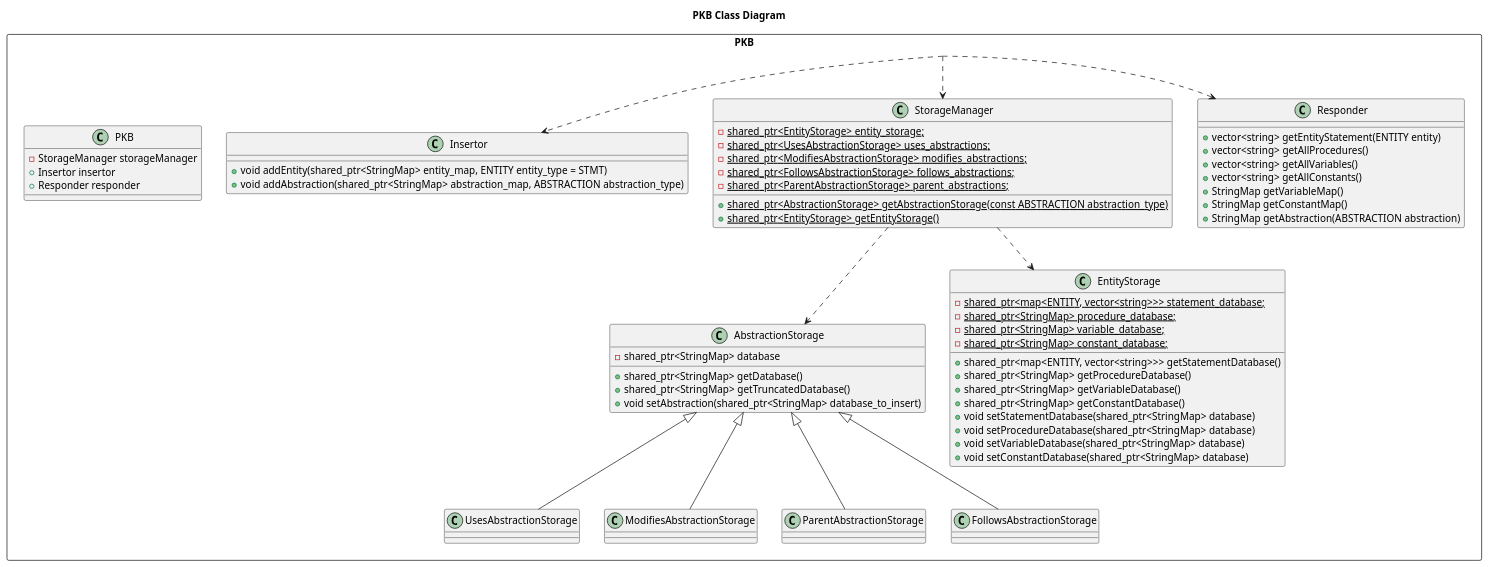
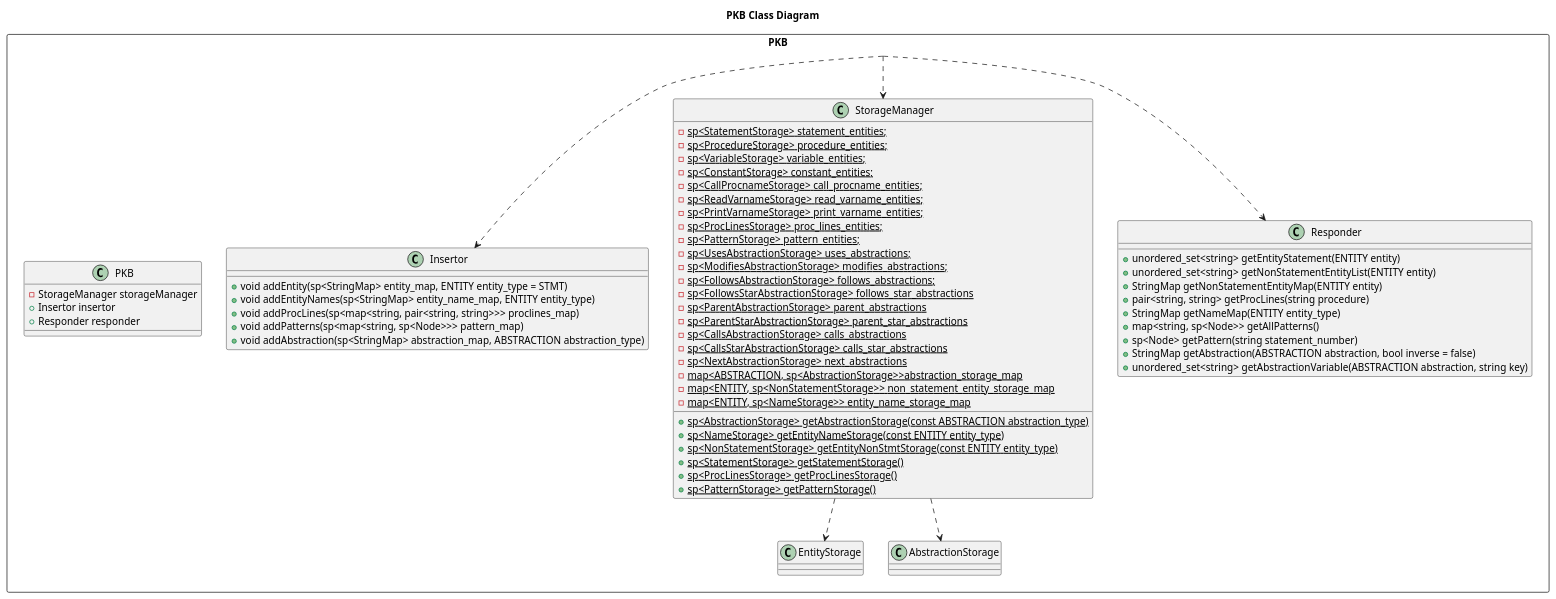
The diagram in Team18/Docs/PKB/Diagrams/PKBOverview.puml (NicsunXnus/SoftwareEngineeringProject), drawn with PlantUML before and after one commit. The commit also changed other lines of this file and 3 other files, not shown here.

Commit message:
class diagrams

```diff
--- a/Team18/Docs/PKB/Diagrams/PKBOverview.puml
+++ b/Team18/Docs/PKB/Diagrams/PKBOverview.puml
@@ -1,94 +1,91 @@
 @startuml
 ' !include ../style.puml
 skinparam ClassFontColor #000000
 skinparam ClassBorderColor #000000
 
 title PKB Class Diagram
 
 package PKB <<Rectangle>> {
 
     Class PKB {
         -StorageManager storageManager
         +Insertor insertor
         +Responder responder
     }
 
     Class StorageManager {
-        -{static} shared_ptr<EntityStorage> entity_storage;
-        -{static} shared_ptr<UsesAbstractionStorage> uses_abstractions;
-        -{static} shared_ptr<ModifiesAbstractionStorage> modifies_abstractions;
-        -{static} shared_ptr<FollowsAbstractionStorage> follows_abstractions;
-        -{static} shared_ptr<ParentAbstractionStorage> parent_abstractions;
-        +{static} shared_ptr<AbstractionStorage> getAbstractionStorage(const ABSTRACTION abstraction_type)
-        +{static} shared_ptr<EntityStorage> getEntityStorage()
+        -{static} sp<StatementStorage> statement_entities;
+        -{static} sp<ProcedureStorage> procedure_entities;
+        -{static} sp<VariableStorage> variable_entities;
+        -{static} sp<ConstantStorage> constant_entities;
+        -{static} sp<CallProcnameStorage> call_procname_entities;
+        -{static} sp<ReadVarnameStorage> read_varname_entities;
+        -{static} sp<PrintVarnameStorage> print_varname_entities;
+        -{static} sp<ProcLinesStorage> proc_lines_entities;
+        -{static} sp<PatternStorage> pattern_entities;
+        -{static} sp<UsesAbstractionStorage> uses_abstractions;
+        -{static} sp<ModifiesAbstractionStorage> modifies_abstractions;
+        -{static} sp<FollowsAbstractionStorage> follows_abstractions;
+        -{static} sp<FollowsStarAbstractionStorage> follows_star_abstractions
+        -{static} sp<ParentAbstractionStorage> parent_abstractions
+        -{static} sp<ParentStarAbstractionStorage> parent_star_abstractions
+        -{static} sp<CallsAbstractionStorage> calls_abstractions
+        -{static} sp<CallsStarAbstractionStorage> calls_star_abstractions
+        -{static} sp<NextAbstractionStorage> next_abstractions
+        -{static} map<ABSTRACTION, sp<AbstractionStorage>>abstraction_storage_map
+        -{static} map<ENTITY, sp<NonStatementStorage>> non_statement_entity_storage_map
+        -{static} map<ENTITY, sp<NameStorage>> entity_name_storage_map
+        
+        +{static} sp<AbstractionStorage> getAbstractionStorage(const ABSTRACTION abstraction_type)
+        +{static} sp<NameStorage> getEntityNameStorage(const ENTITY entity_type)
+        +{static} sp<NonStatementStorage> getEntityNonStmtStorage(const ENTITY entity_type)
+        +{static} sp<StatementStorage> getStatementStorage()
+        +{static} sp<ProcLinesStorage> getProcLinesStorage()
+        +{static} sp<PatternStorage> getPatternStorage()
     }
 
     Class Insertor {
-        +void addEntity(shared_ptr<StringMap> entity_map, ENTITY entity_type = STMT)
-        +void addAbstraction(shared_ptr<StringMap> abstraction_map, ABSTRACTION abstraction_type)
+        +void addEntity(sp<StringMap> entity_map, ENTITY entity_type = STMT)
+        +void addEntityNames(sp<StringMap> entity_name_map, ENTITY entity_type)
+        +void addProcLines(sp<map<string, pair<string, string>>> proclines_map)
+        +void addPatterns(sp<map<string, sp<Node>>> pattern_map)
+        +void addAbstraction(sp<StringMap> abstraction_map, ABSTRACTION abstraction_type)
     }
 
     Class Responder {
-        +vector<string> getEntityStatement(ENTITY entity)
-        +vector<string> getAllProcedures()
-        +vector<string> getAllVariables()
-        +vector<string> getAllConstants()
-        +StringMap getVariableMap()
-        +StringMap getConstantMap()
-        +StringMap getAbstraction(ABSTRACTION abstraction)
+        +unordered_set<string> getEntityStatement(ENTITY entity)
+        +unordered_set<string> getNonStatementEntityList(ENTITY entity)
+        +StringMap getNonStatementEntityMap(ENTITY entity)
+        +pair<string, string> getProcLines(string procedure)
+        +StringMap getNameMap(ENTITY entity_type)
+        +map<string, sp<Node>> getAllPatterns()
+        +sp<Node> getPattern(string statement_number)
+        +StringMap getAbstraction(ABSTRACTION abstraction, bool inverse = false)
+        +unordered_set<string> getAbstractionVariable(ABSTRACTION abstraction, string key)
     }
 
-    Class EntityStorage {
-      -{static} shared_ptr<map<ENTITY, vector<string>>> statement_database;
-      -{static} shared_ptr<StringMap> procedure_database;
-      -{static} shared_ptr<StringMap> variable_database;
-      -{static} shared_ptr<StringMap> constant_database;
-      +shared_ptr<map<ENTITY, vector<string>>> getStatementDatabase()
-      +shared_ptr<StringMap> getProcedureDatabase()
-      +shared_ptr<StringMap> getVariableDatabase()
-      +shared_ptr<StringMap> getConstantDatabase()
-      +void setStatementDatabase(shared_ptr<StringMap> database)
-      +void setProcedureDatabase(shared_ptr<StringMap> database)
-      +void setVariableDatabase(shared_ptr<StringMap> database)
-      +void setConstantDatabase(shared_ptr<StringMap> database)
-    }
+    Class EntityStorage {}
 
-    Class AbstractionStorage {
-      -shared_ptr<StringMap> database
-      +shared_ptr<StringMap> getDatabase()
-      +shared_ptr<StringMap> getTruncatedDatabase()
-      +void setAbstraction(shared_ptr<StringMap> database_to_insert)
-    }
-
-    Class UsesAbstractionStorage {    }
-
-    Class ModifiesAbstractionStorage {    }
-
-    Class ParentAbstractionStorage {    }
-    
-    Class FollowsAbstractionStorage {    }
+    Class AbstractionStorage {}
 
 }
 
 'QueryParser .down.> QueryObject
 'QueryObject .left.> DataAccessLayer
 
 ' inheritance line: ClauseArg --|> QueryObject 
 ' dependency line: ClauseArg ..> SynonymObject
 
 PKB ..> Insertor
 PKB ..> StorageManager
 PKB ..> Responder
 
+Insertor .[hidden]right.> StorageManager
+StorageManager .[hidden]right.> Responder
+
 StorageManager ..> EntityStorage
 StorageManager ..> AbstractionStorage
 
-Insertor .[hidden]right.> StorageManager
-StorageManager .[hidden]right.> Responder
-
-UsesAbstractionStorage -up-|> AbstractionStorage
-ModifiesAbstractionStorage -up-|> AbstractionStorage
-FollowsAbstractionStorage -up-|> AbstractionStorage
-ParentAbstractionStorage -up-|> AbstractionStorage
+' EntityStorage .[hidden]down.> AbstractionStorage
 
 @end
```
